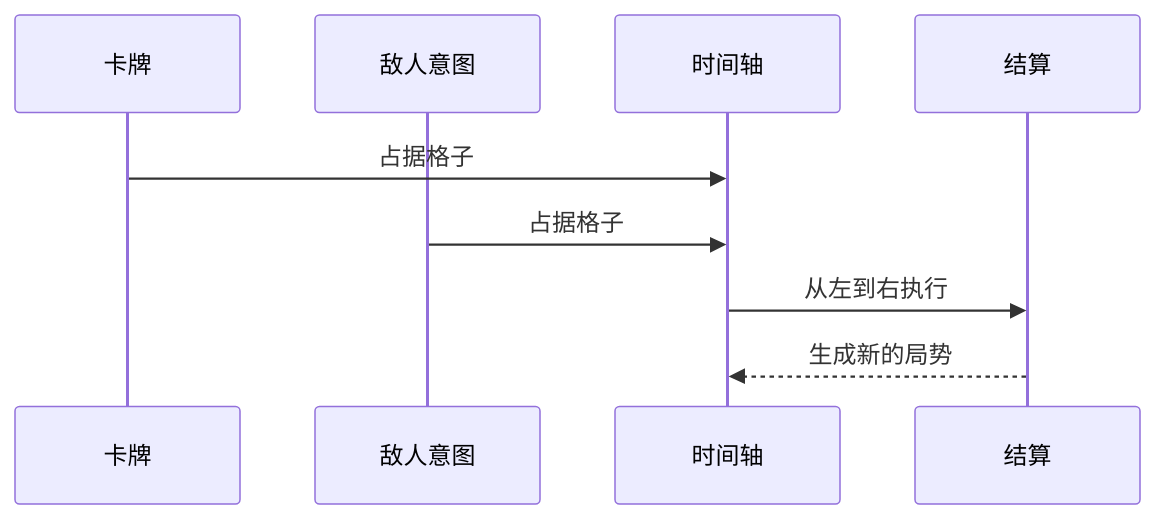
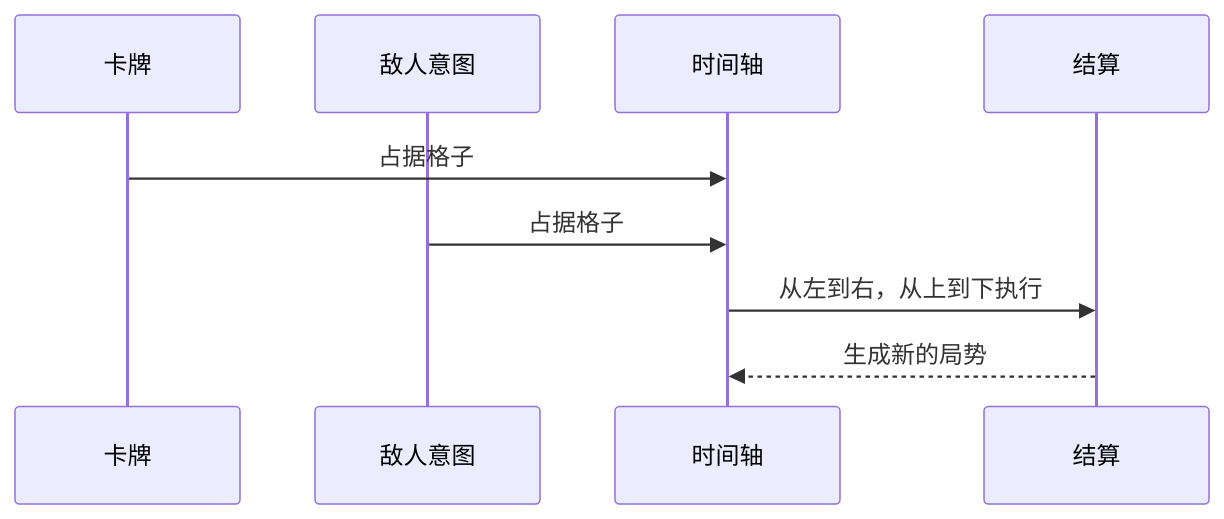
One commit to xcyhjn/time-key-godot changed the third of 4 diagrams in README.md. Above: the diagram before and after it, drawn with Mermaid. The commit also changed other lines of this file, not shown here.

````diff
--- a/README.md
+++ b/README.md
@@ -94,12 +92,12 @@
 ```mermaid
 sequenceDiagram
     participant Card as 卡牌
     participant Enemy as 敌人意图
     participant Axis as 时间轴
     participant Resolve as 结算
 
     Card->>Axis: 占据格子
     Enemy->>Axis: 占据格子
-    Axis->>Resolve: 从左到右执行
+    Axis->>Resolve: 从左到右，从上到下执行
     Resolve-->>Axis: 生成新的局势
 ```
````
